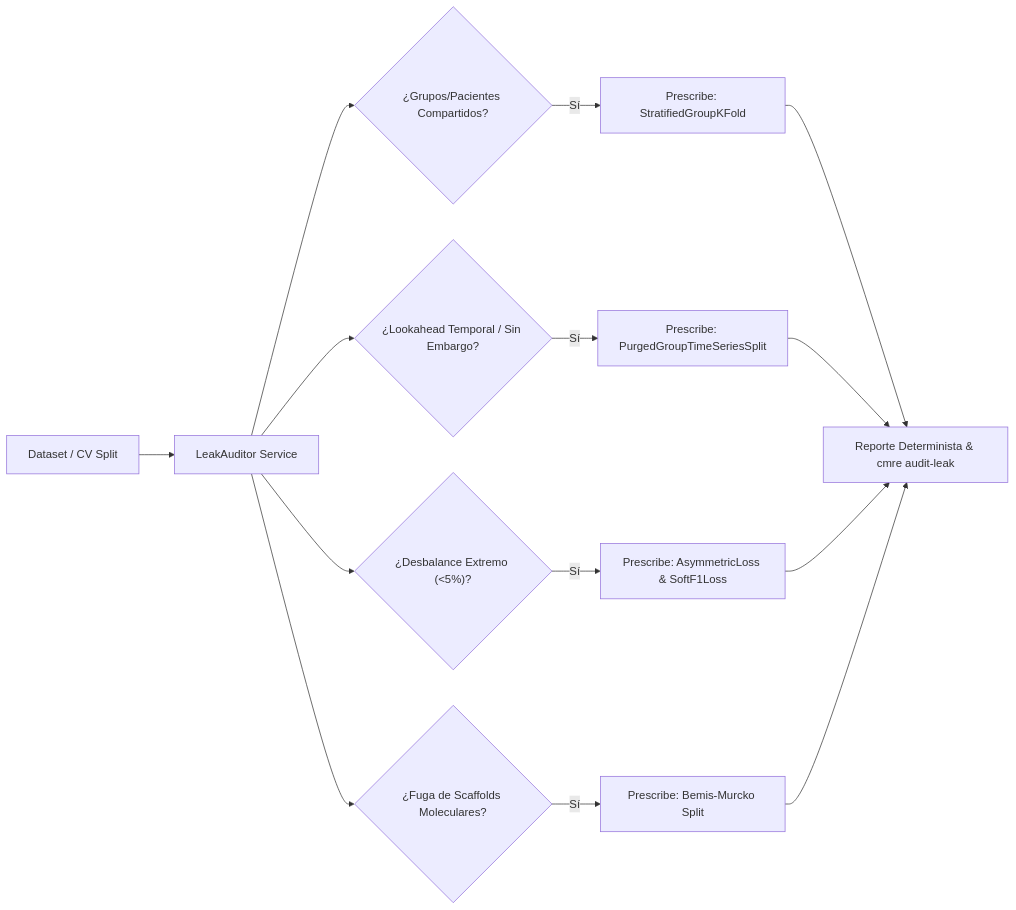
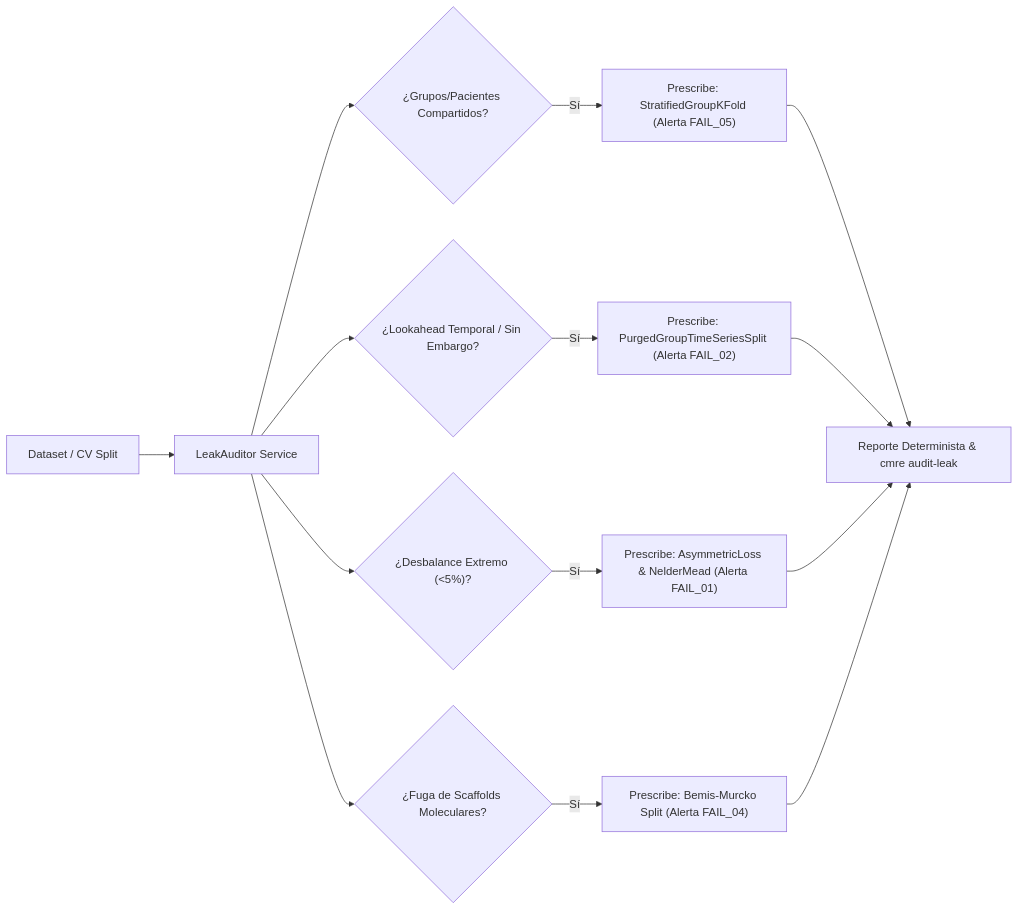
The second of 2 diagrams in docs/ATLAS_MAESTRO_CMRE_RAFAEL_PEREZ.md (pedrogomez290625/0072-cmre-engine), drawn with Mermaid before and after one commit. The commit also changed other lines of this file and 6 other files, not shown here.

````diff
--- a/docs/ATLAS_MAESTRO_CMRE_RAFAEL_PEREZ.md
+++ b/docs/ATLAS_MAESTRO_CMRE_RAFAEL_PEREZ.md
@@ -117,18 +138,18 @@
 ```mermaid
 flowchart LR
     INPUT["Dataset / CV Split"] --> AUDITOR["LeakAuditor Service"]
     AUDITOR --> T1{"¿Grupos/Pacientes Compartidos?"}
     AUDITOR --> T2{"¿Lookahead Temporal / Sin Embargo?"}
     AUDITOR --> T3{"¿Desbalance Extremo (<5%)?"}
     AUDITOR --> T4{"¿Fuga de Scaffolds Moleculares?"}
 
-    T1 -- Sí --> D1["Prescribe: StratifiedGroupKFold"]
-    T2 -- Sí --> D2["Prescribe: PurgedGroupTimeSeriesSplit"]
-    T3 -- Sí --> D3["Prescribe: AsymmetricLoss & SoftF1Loss"]
-    T4 -- Sí --> D4["Prescribe: Bemis-Murcko Split"]
+    T1 -- Sí --> D1["Prescribe: StratifiedGroupKFold (Alerta FAIL_05)"]
+    T2 -- Sí --> D2["Prescribe: PurgedGroupTimeSeriesSplit (Alerta FAIL_02)"]
+    T3 -- Sí --> D3["Prescribe: AsymmetricLoss & NelderMead (Alerta FAIL_01)"]
+    T4 -- Sí --> D4["Prescribe: Bemis-Murcko Split (Alerta FAIL_04)"]
 
     D1 --> REPORT["Reporte Determinista & cmre audit-leak"]
     D2 --> REPORT
     D3 --> REPORT
     D4 --> REPORT
 ```
````
